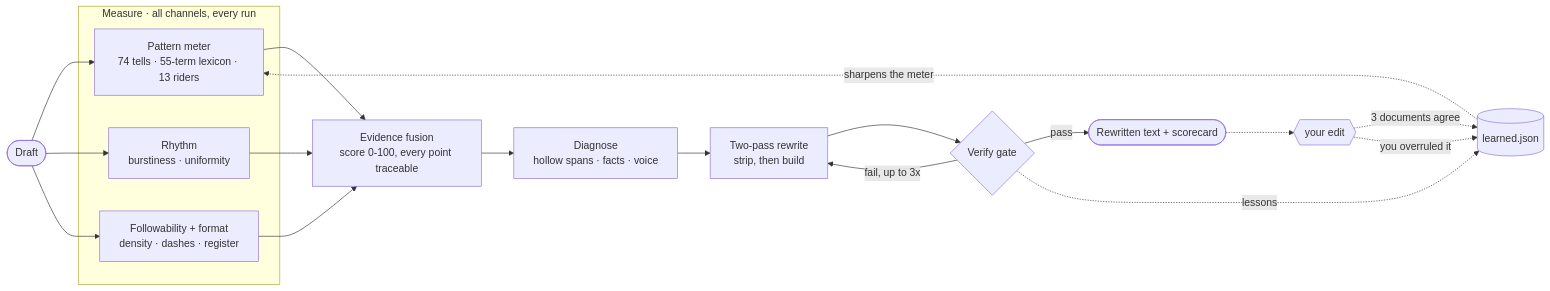
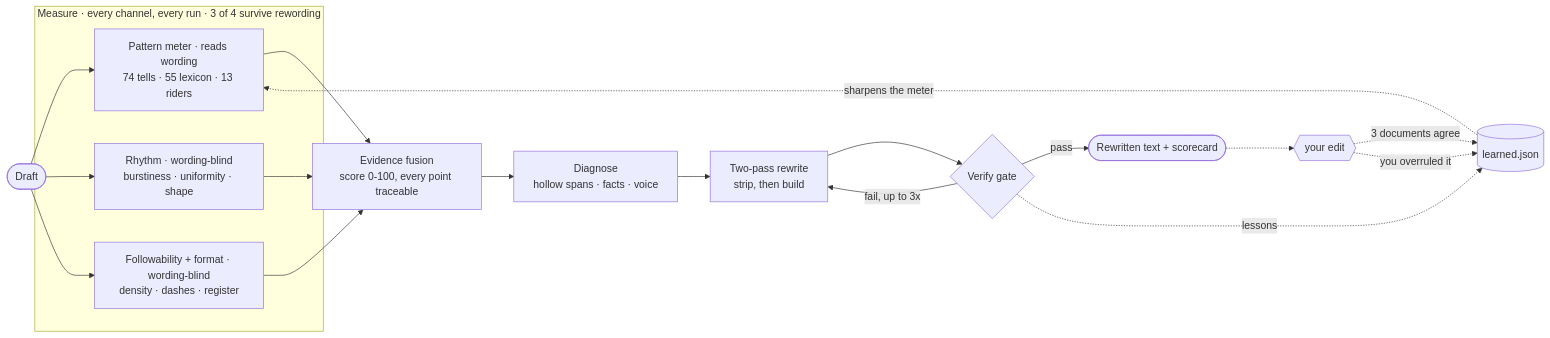
Before and after one commit to manavmishra/ZeroSlop: the diagram in README.md, drawn with Mermaid. The commit also changed other lines of this file and 1 other file, not shown here.

First line of the commit message:
Fix the reproduce block, and make the diagram carry the wording-blind fact

````diff
--- a/README.md
+++ b/README.md
@@ -248,20 +251,20 @@
 ```mermaid
 flowchart LR
     D([Draft]) --> PM & RH & FF
-    subgraph Measure["Measure · all channels, every run"]
-      PM[Pattern meter<br/>74 tells · 55-term lexicon · 13 riders]
-      RH[Rhythm<br/>burstiness · uniformity]
-      FF[Followability + format<br/>density · dashes · register]
+    subgraph Measure["Measure · every channel, every run · 3 of 4 survive rewording"]
+      PM["Pattern meter · reads wording<br/>74 tells · 55 lexicon · 13 riders"]
+      RH["Rhythm · wording-blind<br/>burstiness · uniformity · shape"]
+      FF["Followability + format · wording-blind<br/>density · dashes · register"]
     end
     PM & RH & FF --> F[Evidence fusion<br/>score 0-100, every point traceable]
     F --> J[Diagnose<br/>hollow spans · facts · voice]
     J --> W[Two-pass rewrite<br/>strip, then build]
     W --> G{Verify gate}
     G -- pass --> O([Rewritten text + scorecard])
     G -- "fail, up to 3x" --> W
     G -. lessons .-> L[(learned.json)]
     L -. sharpens the meter .-> PM
     O -.-> R{{"your edit"}}
     R -. "3 documents agree" .-> L
     R -. "you overruled it" .-> L
 ```
````
